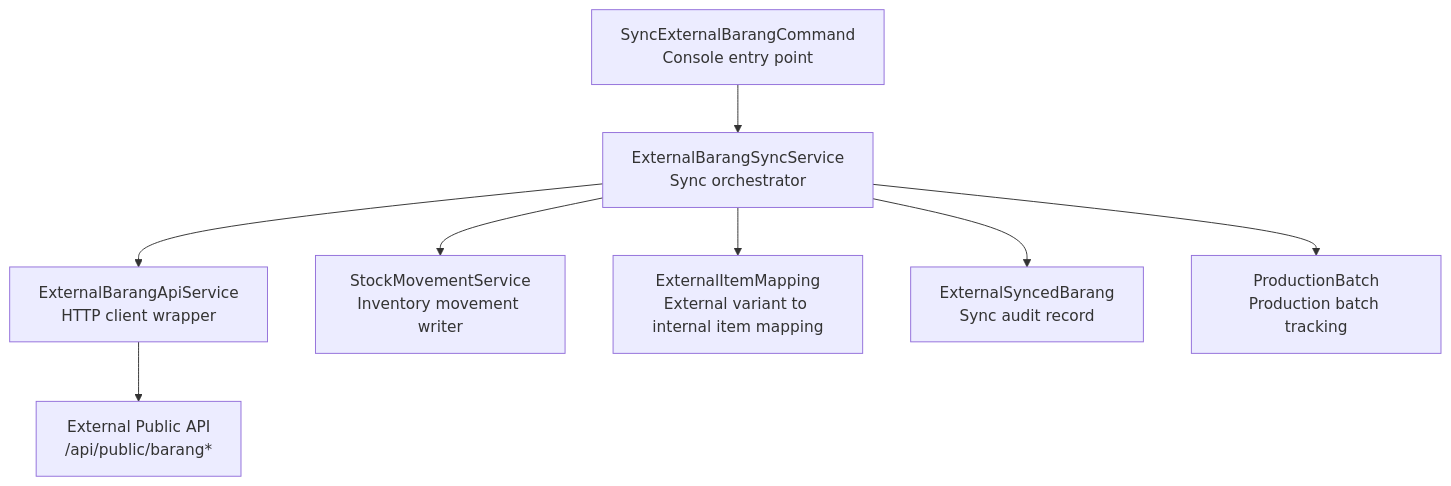
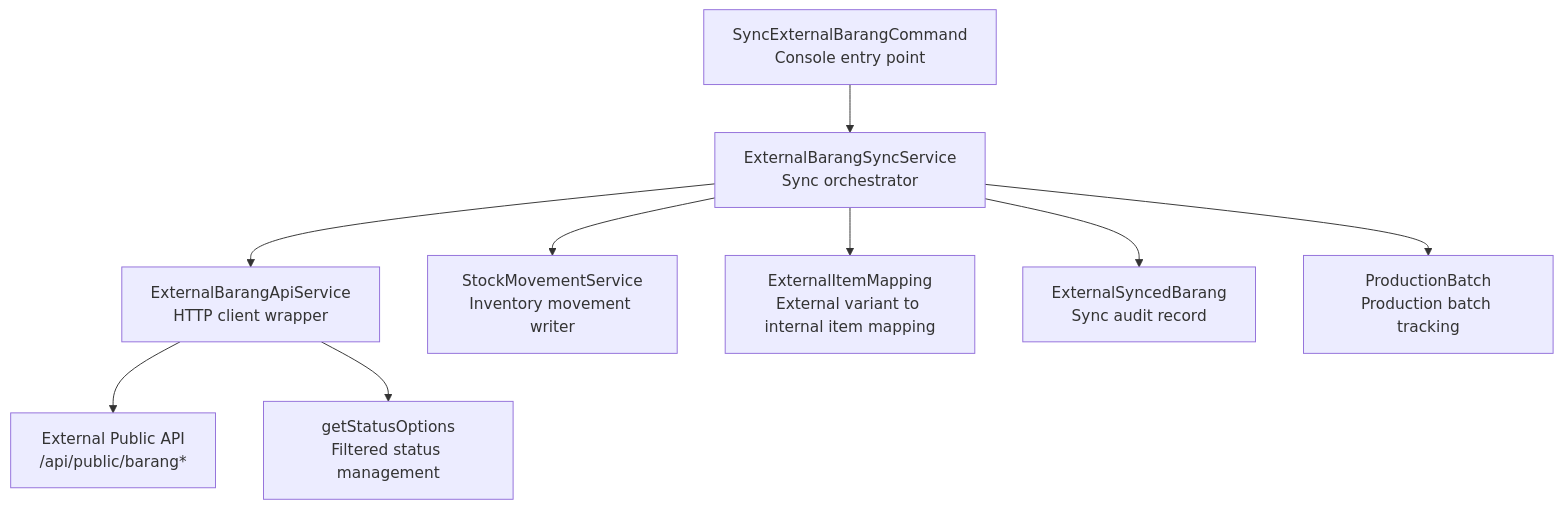
Before and after one commit to Dikksap/laravel_RsvHelmet: the first of 4 diagrams in .qoder/repowiki/en/content/Services Layer/External Barang Sync Service.md, drawn with Mermaid. The commit also changed other lines of this file and 52 other files, not shown here.

````diff
--- a/.qoder/repowiki/en/content/Services Layer/External Barang Sync Service.md
+++ b/.qoder/repowiki/en/content/Services Layer/External Barang Sync Service.md
@@ -55,10 +57,11 @@
 ```mermaid
 graph TB
 Command["SyncExternalBarangCommand<br/>Console entry point"] --> SyncService["ExternalBarangSyncService<br/>Sync orchestrator"]
 SyncService --> ApiService["ExternalBarangApiService<br/>HTTP client wrapper"]
 SyncService --> StockService["StockMovementService<br/>Inventory movement writer"]
 SyncService --> MappingModel["ExternalItemMapping<br/>External variant to internal item mapping"]
 SyncService --> SyncedModel["ExternalSyncedBarang<br/>Sync audit record"]
 SyncService --> ProdBatch["ProductionBatch<br/>Production batch tracking"]
 ApiService --> ExternalAPI["External Public API<br/>/api/public/barang*"]
+ApiService --> StatusManager["getStatusOptions<br/>Filtered status management"]
 ```
````
